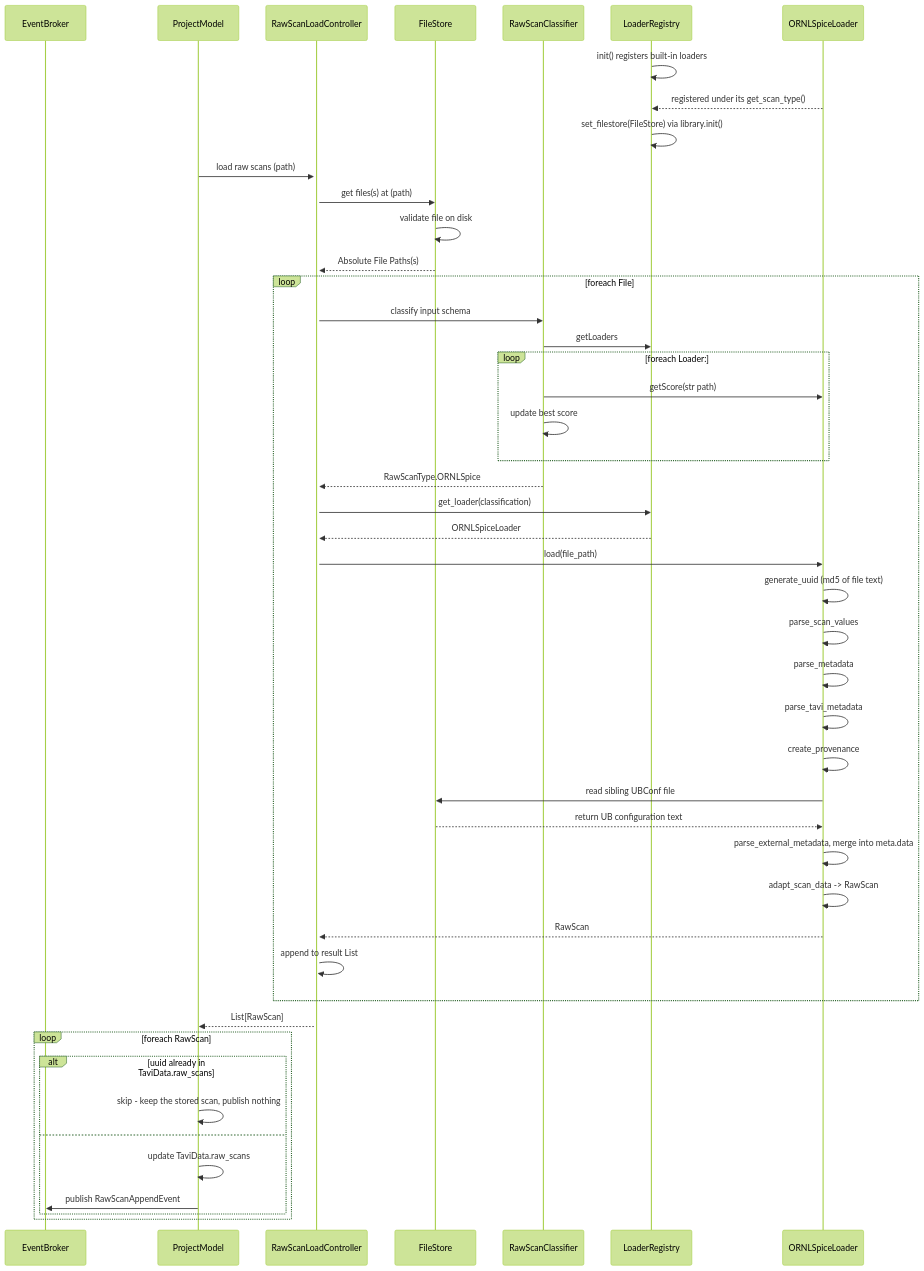
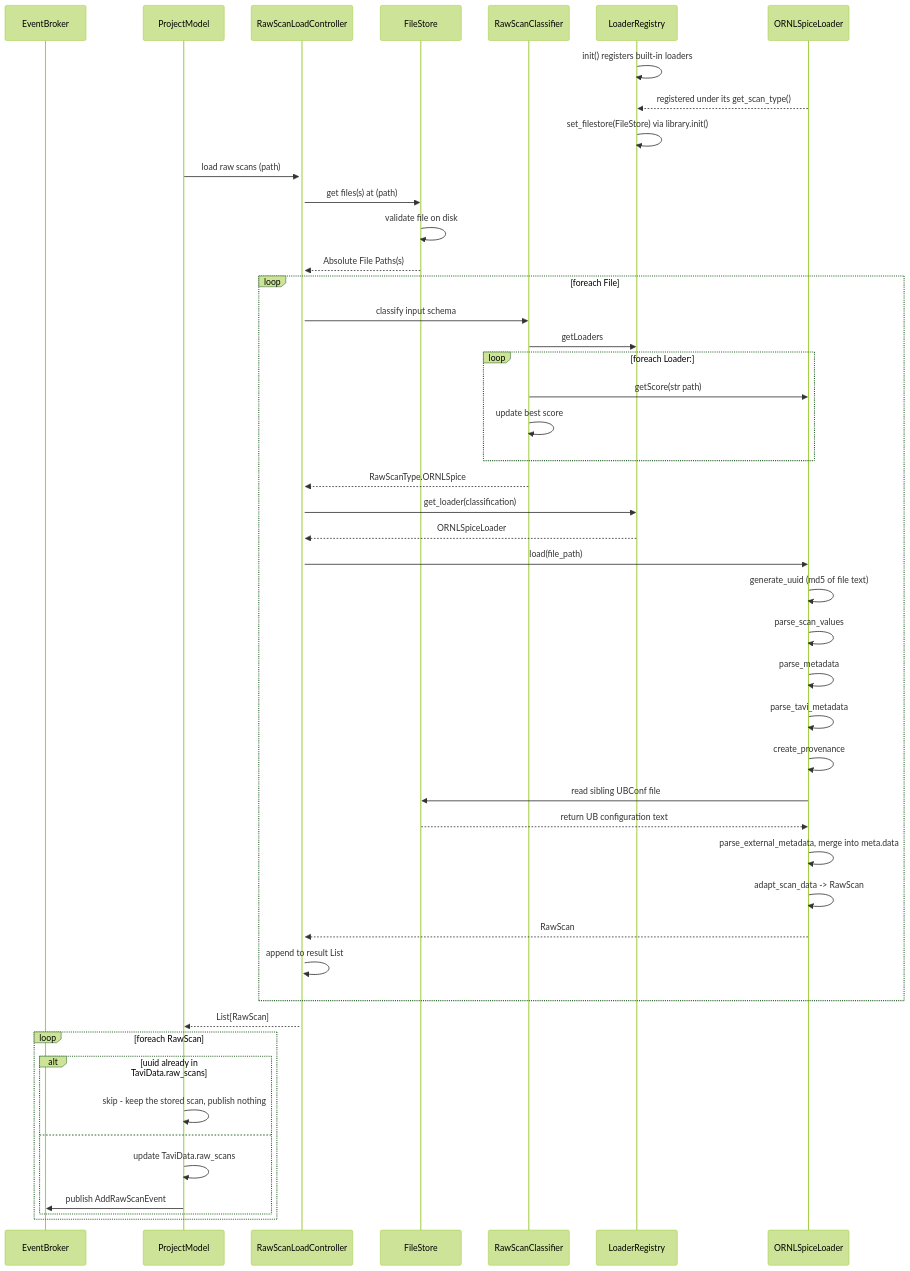
Before and after one commit to neutrons/TAVI: the first of 3 diagrams in docs/source/design/load/raw_scan_sequence_diagrams.rst, drawn with Mermaid (forest theme). The commit also changed other lines of this file and 43 other files, not shown here.

```diff
--- a/docs/source/design/load/raw_scan_sequence_diagrams.rst
+++ b/docs/source/design/load/raw_scan_sequence_diagrams.rst
@@ -7,51 +7,51 @@
 .. mermaid::
 
     sequenceDiagram
         participant EventBroker
         participant ProjectModel
         participant RawScanLoadController
         participant FileStore
         participant RawScanClassifier
         participant LoaderRegistry
         participant ORNLSpiceLoader
         LoaderRegistry ->> LoaderRegistry: init() registers built-in loaders
         ORNLSpiceLoader -->> LoaderRegistry: registered under its get_scan_type()
         LoaderRegistry ->> LoaderRegistry: set_filestore(FileStore) via library.init()
         ProjectModel ->>+RawScanLoadController: load raw scans (path)
         RawScanLoadController ->>FileStore: get files(s) at (path)
         FileStore ->>FileStore: validate file on disk
         FileStore -->> RawScanLoadController: Absolute File Paths(s)
         loop foreach File
             RawScanLoadController ->> RawScanClassifier: classify input schema
             RawScanClassifier ->> LoaderRegistry: getLoaders
             loop foreach Loader:
                 RawScanClassifier ->> ORNLSpiceLoader: getScore(str path)
                 RawScanClassifier ->> RawScanClassifier: update best score
             end
             RawScanClassifier -->> RawScanLoadController: RawScanType.ORNLSpice
 
             RawScanLoadController ->> LoaderRegistry: get_loader(classification)
             LoaderRegistry -->> RawScanLoadController: ORNLSpiceLoader
             RawScanLoadController ->> ORNLSpiceLoader: load(file_path)
 
             ORNLSpiceLoader ->> ORNLSpiceLoader: generate_uuid (md5 of file text)
             ORNLSpiceLoader ->> ORNLSpiceLoader: parse_scan_values
             ORNLSpiceLoader ->> ORNLSpiceLoader: parse_metadata
             ORNLSpiceLoader ->> ORNLSpiceLoader: parse_tavi_metadata
             ORNLSpiceLoader ->> ORNLSpiceLoader: create_provenance
             ORNLSpiceLoader ->> FileStore: read sibling UBConf file
             FileStore -->> ORNLSpiceLoader: return UB configuration text
             ORNLSpiceLoader ->> ORNLSpiceLoader: parse_external_metadata, merge into meta.data
             ORNLSpiceLoader ->> ORNLSpiceLoader: adapt_scan_data -> RawScan
             ORNLSpiceLoader -->> RawScanLoadController: RawScan
             RawScanLoadController ->>RawScanLoadController: append to result List
         end
         RawScanLoadController -->>ProjectModel: List[RawScan]
         loop foreach RawScan
             alt uuid already in TaviData.raw_scans
                 ProjectModel ->> ProjectModel : skip - keep the stored scan, publish nothing
             else
                 ProjectModel ->> ProjectModel : update TaviData.raw_scans
-                ProjectModel ->> EventBroker : publish RawScanAppendEvent
+                ProjectModel ->> EventBroker : publish AddRawScanEvent
             end
         end
```
